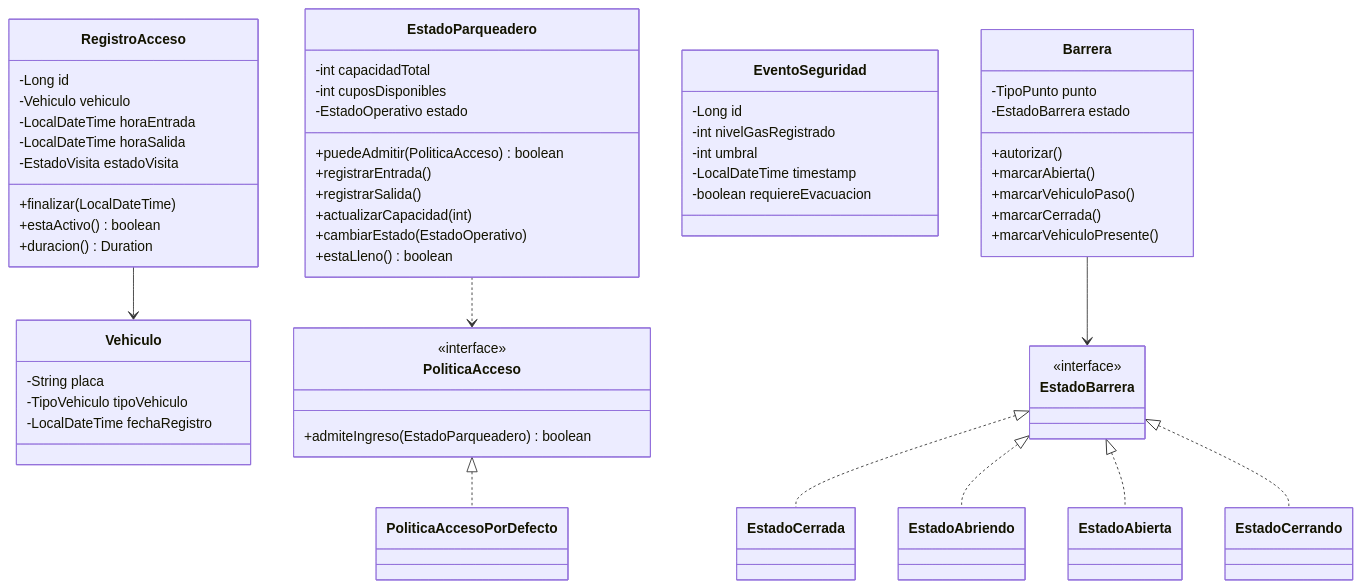
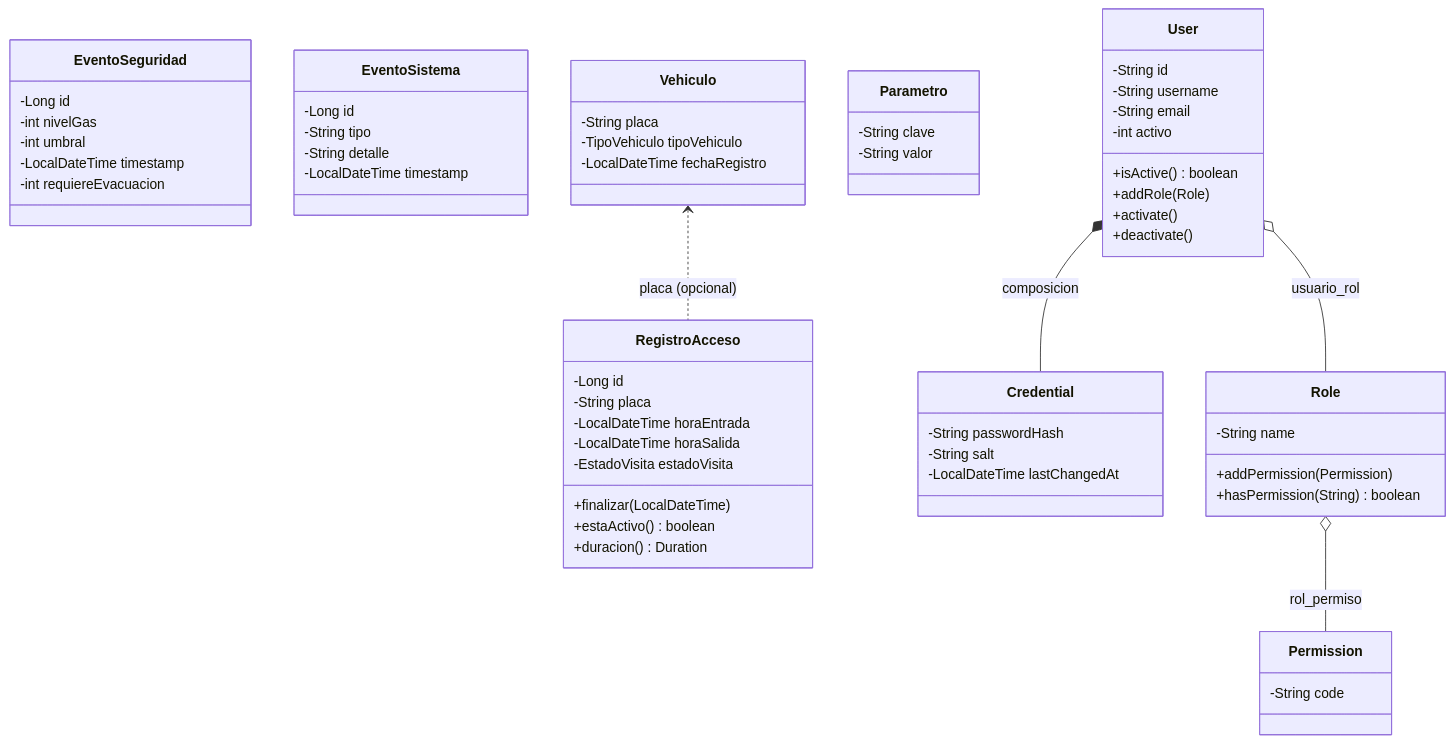
One commit to ElFernanduz/SmartParking changed the seventh of 13 diagrams in docs/especificacion_tecnica_smart_parking.md. Above: the diagram before and after it, drawn with Mermaid. The commit also changed other lines of this file and 263 other files, not shown here.

````diff
--- a/docs/especificacion_tecnica_smart_parking.md
+++ b/docs/especificacion_tecnica_smart_parking.md
@@ -887,66 +1008,63 @@
 ```mermaid
 classDiagram
-    class EstadoParqueadero {
-        -int capacidadTotal
-        -int cuposDisponibles
-        -EstadoOperativo estado
-        +puedeAdmitir(PoliticaAcceso) boolean
-        +registrarEntrada()
-        +registrarSalida()
-        +actualizarCapacidad(int)
-        +cambiarEstado(EstadoOperativo)
-        +estaLleno() boolean
-    }
     class RegistroAcceso {
         -Long id
-        -Vehiculo vehiculo
+        -String placa
         -LocalDateTime horaEntrada
         -LocalDateTime horaSalida
         -EstadoVisita estadoVisita
         +finalizar(LocalDateTime)
         +estaActivo() boolean
         +duracion() Duration
     }
     class EventoSeguridad {
         -Long id
-        -int nivelGasRegistrado
+        -int nivelGas
         -int umbral
         -LocalDateTime timestamp
-        -boolean requiereEvacuacion
+        -int requiereEvacuacion
+    }
+    class EventoSistema {
+        -Long id
+        -String tipo
+        -String detalle
+        -LocalDateTime timestamp
     }
     class Vehiculo {
         -String placa
         -TipoVehiculo tipoVehiculo
         -LocalDateTime fechaRegistro
     }
-    class PoliticaAcceso {
-        <<interface>>
-        +admiteIngreso(EstadoParqueadero) boolean
+    class Parametro {
+        -String clave
+        -String valor
     }
-    class PoliticaAccesoPorDefecto
-    class Barrera {
-        -TipoPunto punto
-        -EstadoBarrera estado
-        +autorizar()
-        +marcarAbierta()
-        +marcarVehiculoPaso()
-        +marcarCerrada()
-        +marcarVehiculoPresente()
+    class User {
+        -String id
+        -String username
+        -String email
+        -int activo
+        +isActive() boolean
+        +addRole(Role)
+        +activate()
+        +deactivate()
     }
-    class EstadoBarrera {
-        <<interface>>
+    class Credential {
+        -String passwordHash
+        -String salt
+        -LocalDateTime lastChangedAt
     }
-    class EstadoCerrada
-    class EstadoAbriendo
-    class EstadoAbierta
-    class EstadoCerrando
+    class Role {
+        -String name
+        +addPermission(Permission)
+        +hasPermission(String) boolean
+    }
+    class Permission {
+        -String code
+    }
 
-    PoliticaAcceso <|.. PoliticaAccesoPorDefecto
-    EstadoBarrera <|.. EstadoCerrada
-    EstadoBarrera <|.. EstadoAbriendo
-    EstadoBarrera <|.. EstadoAbierta
-    EstadoBarrera <|.. EstadoCerrando
-    Barrera --> EstadoBarrera
-    EstadoParqueadero ..> PoliticaAcceso
-    RegistroAcceso --> Vehiculo
+    User *-- Credential : composicion
+    User o-- Role : usuario_rol
+    Role o-- Permission : rol_permiso
+    Vehiculo <.. RegistroAcceso : placa (opcional)
 ```
````
